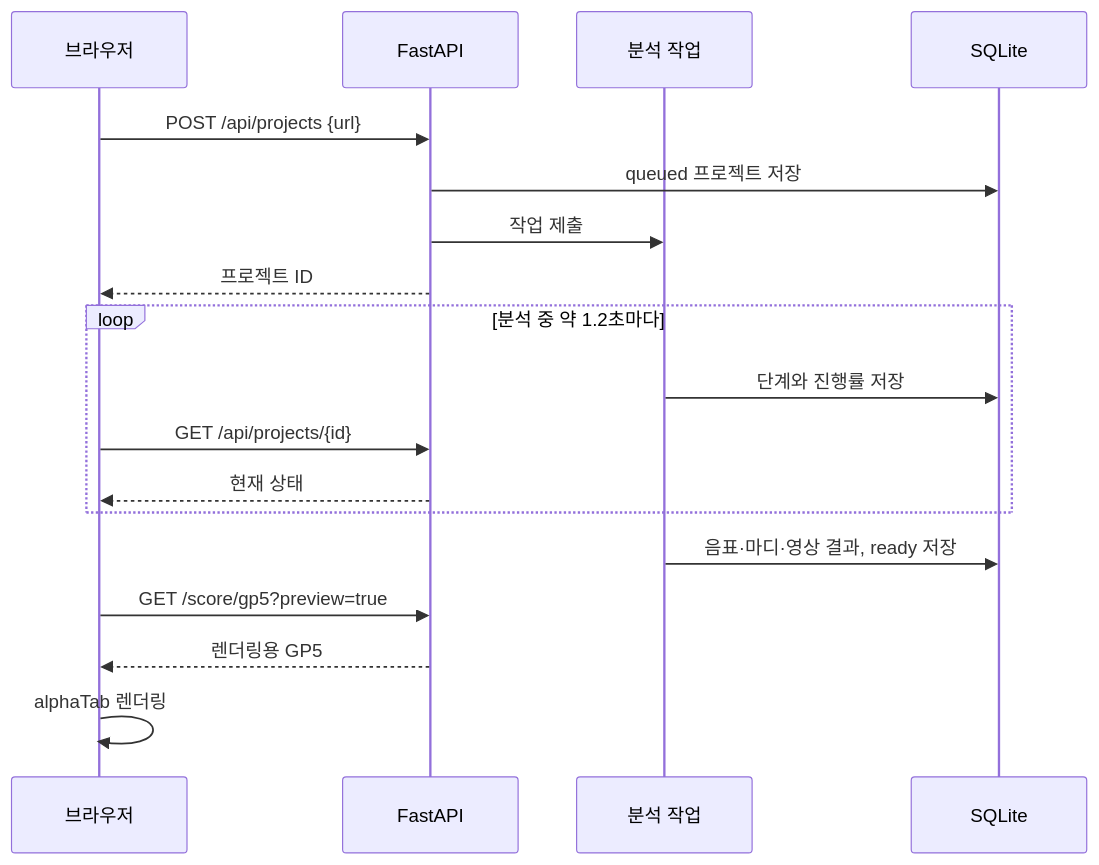
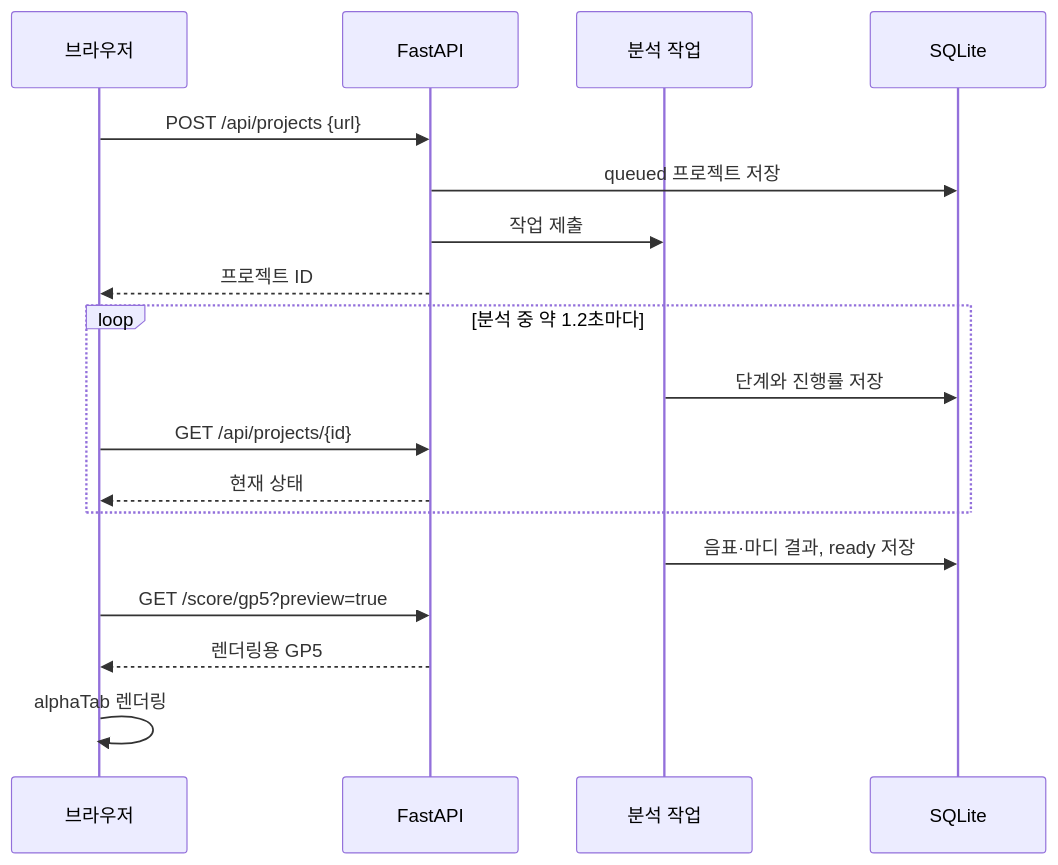
Before and after one commit to hyuunnn/TabSight: the second of 2 diagrams in docs/architecture.md, drawn with Mermaid. The commit also changed other lines of this file and 20 other files, not shown here.

````diff
--- a/docs/architecture.md
+++ b/docs/architecture.md
@@ -45,20 +42,20 @@
 ```mermaid
 sequenceDiagram
     participant B as 브라우저
     participant A as FastAPI
     participant W as 분석 작업
     participant D as SQLite
     B->>A: POST /api/projects {url}
     A->>D: queued 프로젝트 저장
     A->>W: 작업 제출
     A-->>B: 프로젝트 ID
     loop 분석 중 약 1.2초마다
         W->>D: 단계와 진행률 저장
         B->>A: GET /api/projects/{id}
         A-->>B: 현재 상태
     end
-    W->>D: 음표·마디·영상 결과, ready 저장
+    W->>D: 음표·마디 결과, ready 저장
     B->>A: GET /score/gp5?preview=true
     A-->>B: 렌더링용 GP5
     B->>B: alphaTab 렌더링
 ```
````
